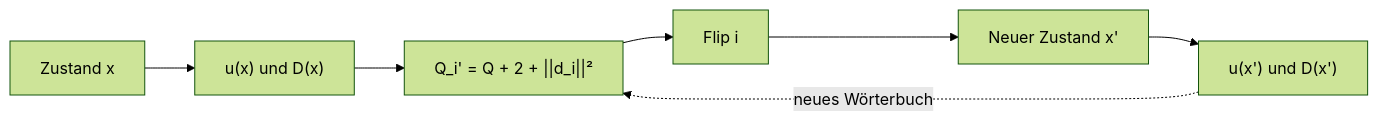
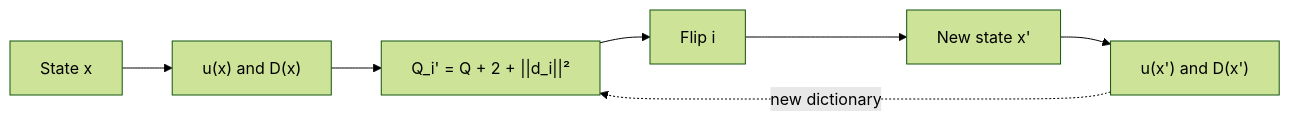
The third of 3 diagrams in docs/mathematics.md (SmolBlackHole/hadamard-668), drawn with Mermaid (forest theme) before and after one commit. The commit also changed other lines of this file and 23 other files, not shown here.

````diff
--- a/docs/mathematics.md
+++ b/docs/mathematics.md
@@ -182,9 +199,9 @@
 ```mermaid
 flowchart LR
-    State["Zustand x"] --> Dictionary["u(x) und D(x)"]
+    State["State x"] --> Dictionary["u(x) and D(x)"]
     Dictionary --> Score["Q_i' = Q + 2<u,d_i> + ||d_i||²"]
     Score --> Move["Flip i"]
-    Move --> Next["Neuer Zustand x'"]
-    Next --> NextDictionary["u(x') und D(x')"]
-    NextDictionary -.->|neues Wörterbuch| Score
+    Move --> Next["New state x'"]
+    Next --> NextDictionary["u(x') and D(x')"]
+    NextDictionary -.->|new dictionary| Score
 ```
````
